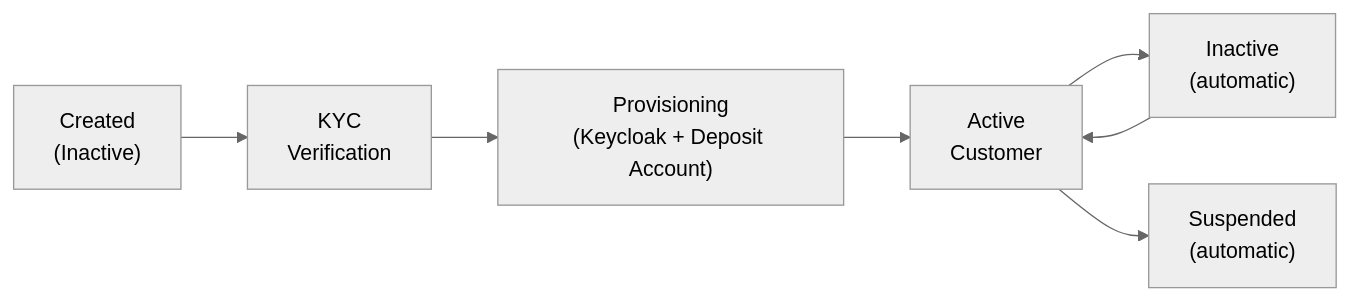
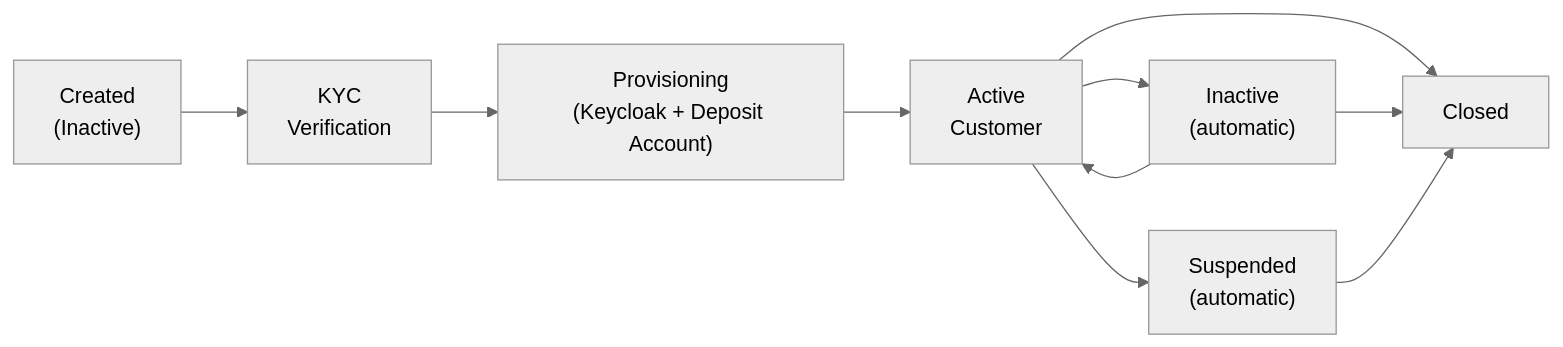
Before and after one commit to GaloyMoney/lana-bank: the diagram in docs-site/docs/technical-documentation/customers/index.md, drawn with Mermaid (neutral theme). The commit also changed other lines of this file and 50 other files, not shown here.

````diff
--- a/docs-site/docs/technical-documentation/customers/index.md
+++ b/docs-site/docs/technical-documentation/customers/index.md
@@ -31,9 +31,12 @@
 ```mermaid
 graph LR
     CREATE["Created<br/>(Inactive)"] --> KYC["KYC<br/>Verification"]
     KYC --> PROV["Provisioning<br/>(Keycloak + Deposit Account)"]
     PROV --> ACTIVE["Active<br/>Customer"]
     ACTIVE --> INACTIVE["Inactive<br/>(automatic)"]
     INACTIVE --> ACTIVE
     ACTIVE --> SUSPENDED["Suspended<br/>(automatic)"]
+    ACTIVE --> CLOSED["Closed"]
+    INACTIVE --> CLOSED
+    SUSPENDED --> CLOSED
 ```
````
